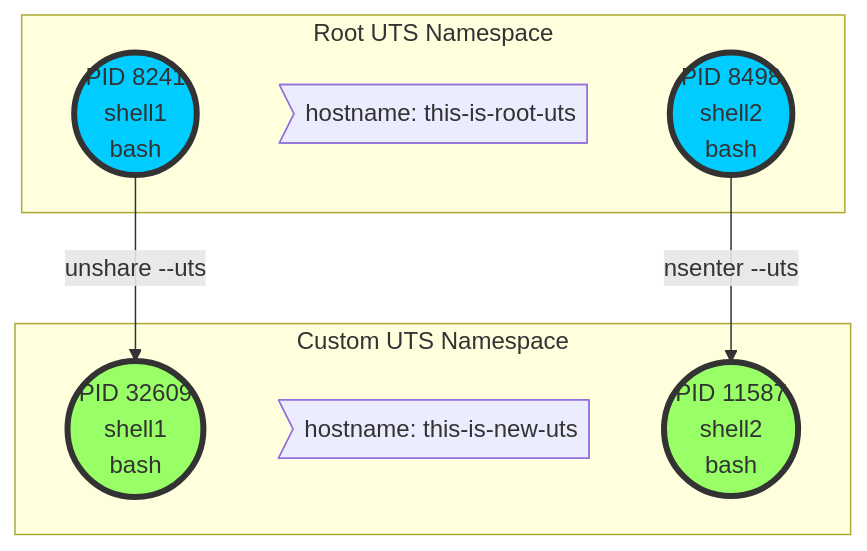
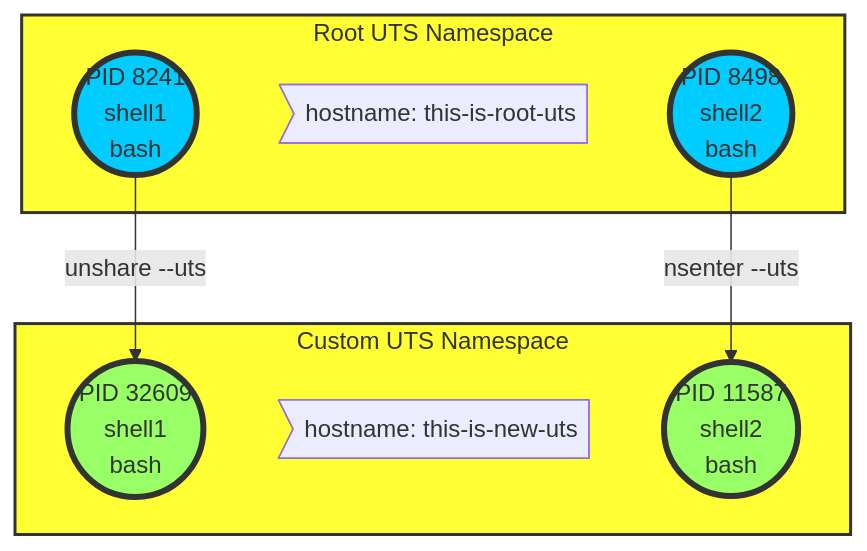
The second of 3 diagrams in content/014_linux_namespaces/_index.md (amcginlay/k8s-primer), drawn with Mermaid before and after one commit. The commit also changed other lines of this file, not shown here.

```diff
--- a/content/014_linux_namespaces/_index.md
+++ b/content/014_linux_namespaces/_index.md
@@ -352,20 +375,22 @@
 {{< mermaid >}}
 graph TB
-    subgraph Root UTS Namespace
+    subgraph root-uts[Root UTS Namespace]
          proc1((PID 8241<br>shell1<br>bash))
          host1>hostname: this-is-root-uts]
          proc2((PID 8498<br>shell2<br>bash))
     end
-    subgraph Custom UTS Namespace
+    subgraph custom-uts[Custom UTS Namespace]
          proc3((PID 32609<br>shell1<br>bash))
          host2>hostname: this-is-new-uts]
          proc4((PID 11587<br>shell2<br>bash))
     end
 proc1 -->|unshare --uts| proc3
 proc2 -->|nsenter --uts| proc4
 
 classDef green fill:#9f6,stroke:#333,stroke-width:4px;
 classDef blue fill:#0cf,stroke:#333,stroke-width:4px;
+classDef yellow fill:#ff3,stroke:#333,stroke-width:2px;
 class proc1,proc2 blue;
 class proc3,proc4 green;
+class root-uts,custom-uts yellow;
 {{< /mermaid >}}
```
